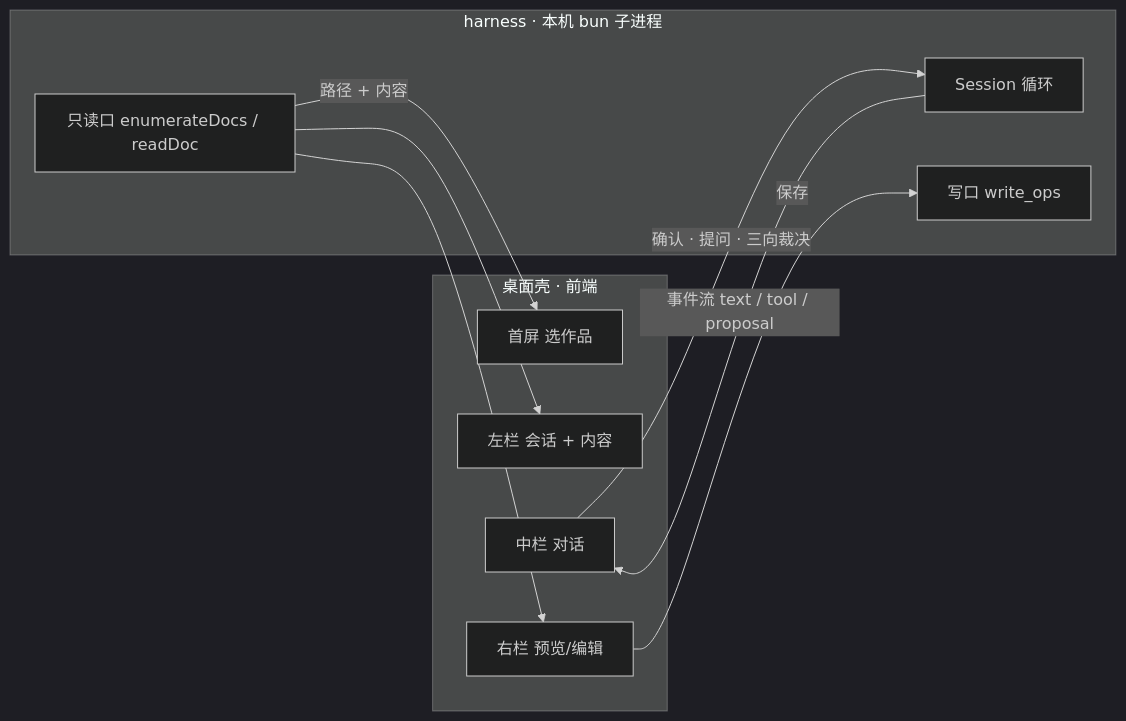
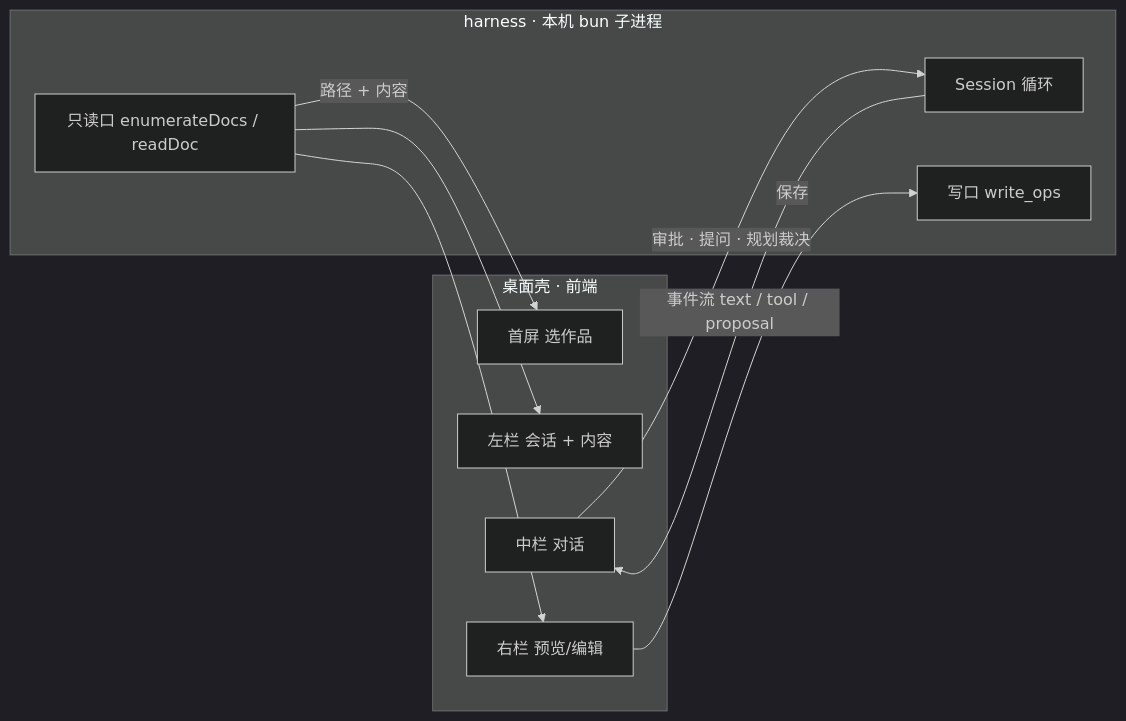
One commit to Sunshine334419520/talemate changed the diagram in docs/ui.md. Above: the diagram before and after it, drawn with Mermaid (dark theme). The commit also changed other lines of this file and 96 other files, not shown here.

````diff
--- a/docs/ui.md
+++ b/docs/ui.md
@@ -246,20 +246,20 @@
 ```mermaid
 flowchart LR
   subgraph 前端[桌面壳 · 前端]
     H[首屏 选作品]
     T[左栏 会话 + 内容]
     C[中栏 对话]
     P[右栏 预览/编辑]
   end
   subgraph 内核[harness · 本机 bun 子进程]
     S[Session 循环]
     R[只读口 enumerateDocs / readDoc]
     W[写口 write_ops]
   end
   S -- 事件流 text / tool / proposal --> C
-  C -- 确认 · 提问 · 三向裁决 --> S
+  C -- 审批 · 提问 · 规划裁决 --> S
   R -- 路径 + 内容 --> H
   R --> T
   R --> P
   P -- 保存 --> W
 ```
````
